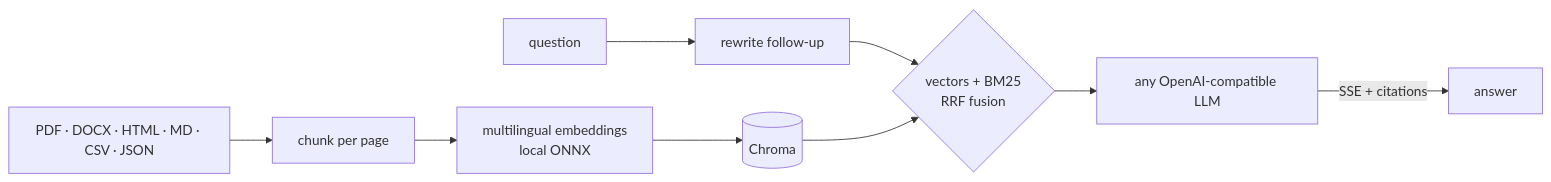
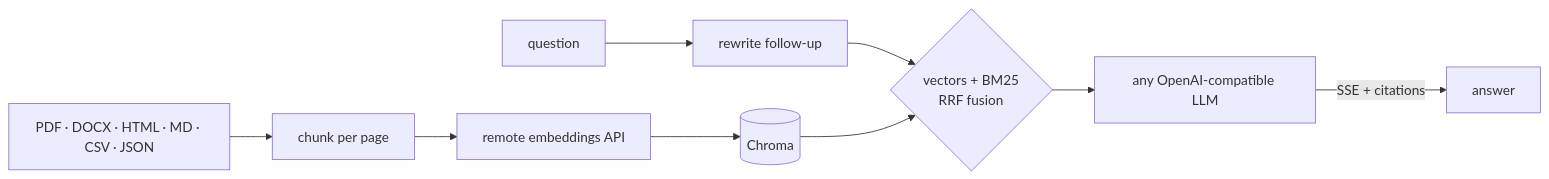
One commit to colombefioren/NUGGET--BACKEND changed the diagram in README.md. Above: the diagram before and after it, drawn with Mermaid. The commit also changed other lines of this file and 9 other files, not shown here.

````diff
--- a/README.md
+++ b/README.md
@@ -25,6 +25,6 @@
 ```mermaid
 flowchart LR
-  F[PDF · DOCX · HTML · MD · CSV · JSON] --> S[chunk per page] --> E[multilingual embeddings<br/>local ONNX] --> C[(Chroma)]
+  F[PDF · DOCX · HTML · MD · CSV · JSON] --> S[chunk per page] --> E[remote embeddings API] --> C[(Chroma)]
   Q[question] --> R[rewrite follow-up] --> H{vectors + BM25<br/>RRF fusion}
   C --> H --> L[any OpenAI-compatible LLM] -- SSE + citations --> A[answer]
 ```
````
